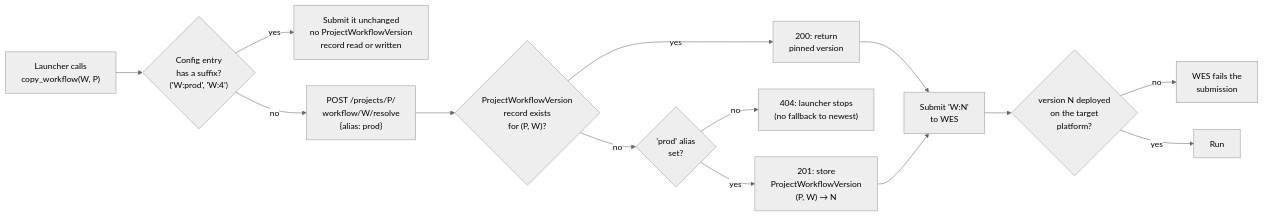
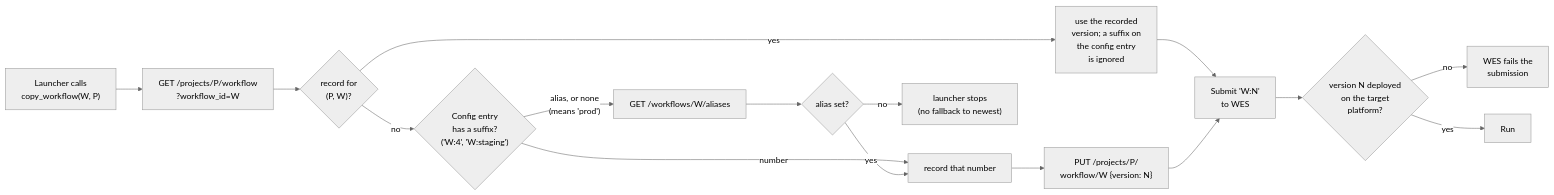
Before and after one commit to NGS360/APIServer: the fourth of 9 diagrams in docs/WORKFLOWS_AND_PIPELINES.md, drawn with Mermaid (neutral theme). The commit also changed other lines of this file and 4 other files, not shown here.

````diff
--- a/docs/WORKFLOWS_AND_PIPELINES.md
+++ b/docs/WORKFLOWS_AND_PIPELINES.md
@@ -126,16 +126,18 @@
 ```mermaid
 %%{init: {"flowchart": {"wrappingWidth": 400}}}%%
 flowchart LR
-    START["Launcher calls<br/>copy_workflow(W, P)"] --> EXP{"Config entry<br/>has a suffix?<br/>('W:prod', 'W:4')"}
-    EXP -- yes --> USE["Submit it unchanged<br/>no ProjectWorkflowVersion<br/>record read or written"]
-    EXP -- no --> CALL["POST /projects/P/<br/>workflow/W/resolve<br/>{alias: prod}"]
-    CALL --> HAS{"ProjectWorkflowVersion<br/>record exists<br/>for (P, W)?"}
-    HAS -- yes --> OLD["200: return<br/>pinned version"]
-    HAS -- no --> PROD{"'prod' alias<br/>set?"}
-    PROD -- no --> F404["404: launcher stops<br/>(no fallback to newest)"]
-    PROD -- yes --> NEW["201: store<br/>ProjectWorkflowVersion<br/>(P, W) → N"]
+    START["Launcher calls<br/>copy_workflow(W, P)"] --> GET["GET /projects/P/workflow<br/>?workflow_id=W"]
+    GET --> HAS{"record for<br/>(P, W)?"}
+    HAS -- yes --> OLD["use the recorded<br/>version; a suffix on<br/>the config entry<br/>is ignored"]
+    HAS -- no --> SUF{"Config entry<br/>has a suffix?<br/>('W:4', 'W:staging')"}
+    SUF -- "number" --> NUM["record that number"]
+    SUF -- "alias, or none<br/>(means 'prod')" --> AL["GET /workflows/W/aliases"]
+    AL --> PROD{"alias set?"}
+    PROD -- no --> F404["launcher stops<br/>(no fallback to newest)"]
+    PROD -- yes --> NUM
+    NUM --> NEW["PUT /projects/P/<br/>workflow/W {version: N}"]
     OLD & NEW --> SUB["Submit 'W:N'<br/>to WES"]
     SUB --> DEPL{"version N deployed<br/>on the target<br/>platform?"}
     DEPL -- no --> FSUB["WES fails the<br/>submission"]
     DEPL -- yes --> RUN["Run"]
 ```
````
